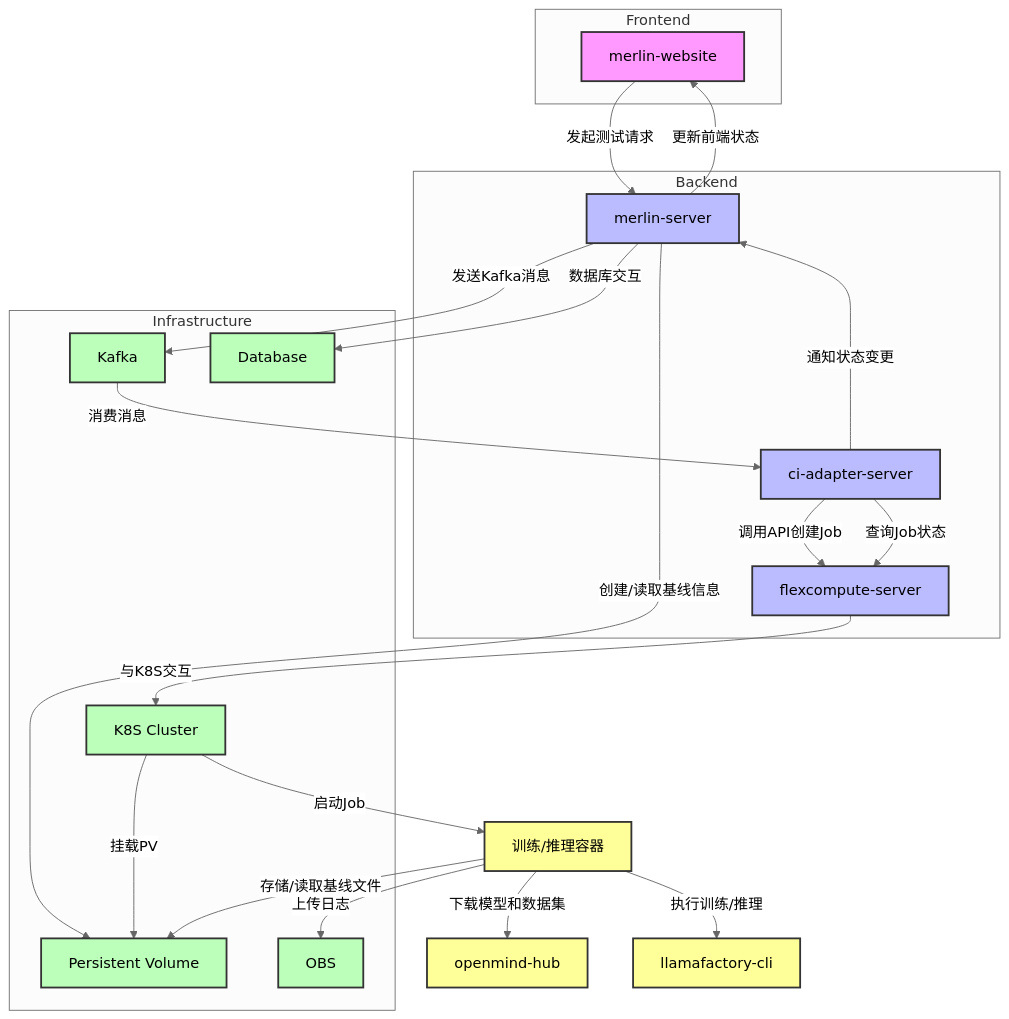
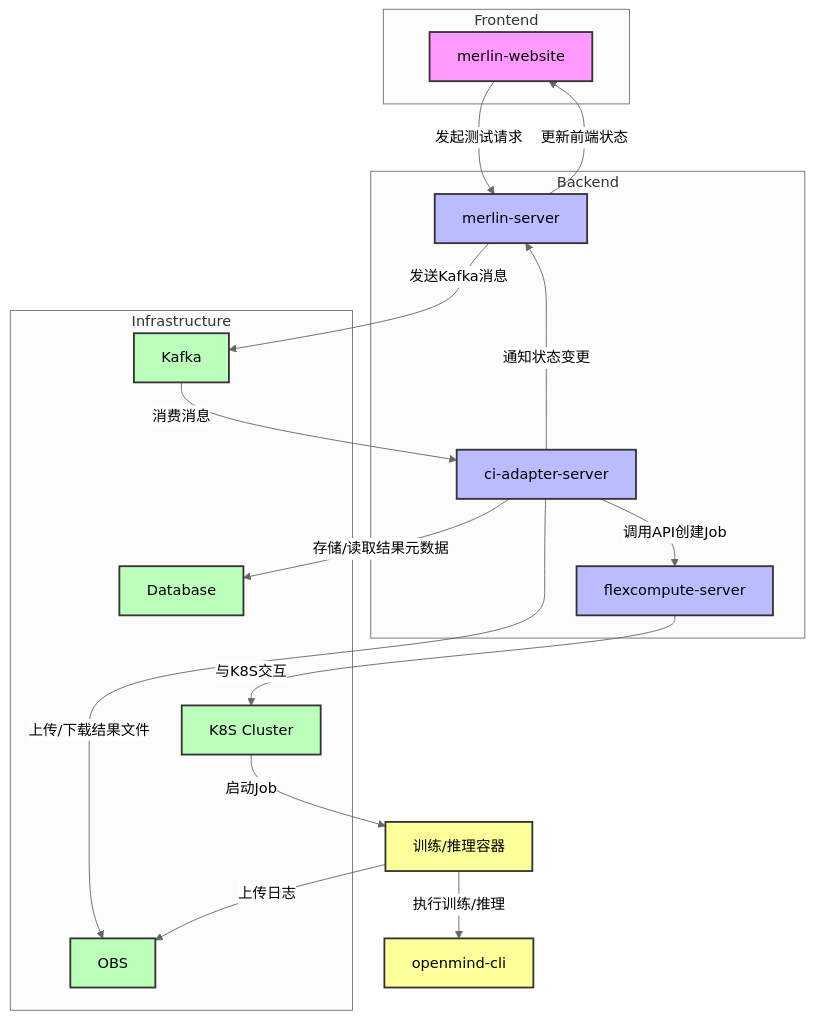
Before and after one commit to pillumina/design-proposal: the second of 18 diagrams in Modelers_accuracy_test_system_design.md, drawn with Mermaid (neutral theme). The commit also changed other lines of this file, not shown here.

````diff
--- a/Modelers_accuracy_test_system_design.md
+++ b/Modelers_accuracy_test_system_design.md
@@ -243,50 +274,45 @@
 ```mermaid
 graph TD;
     subgraph Frontend
         A[merlin-website]
     end
 
     subgraph Backend
         B[merlin-server]
         C[ci-adapter-server]
         D[flexcompute-server]
     end
 
     subgraph Infrastructure
         F[Kafka]
         I[Database]
-        G[Persistent Volume]
         H[OBS]
         E[K8S Cluster]
     end
 
     A -->|发起测试请求| B
     B -->|发送Kafka消息| F
-    B -->|创建/读取基线信息| G
-    B -->|数据库交互| I
+    B -->|更新前端状态| A
+
+    C -->|存储/读取结果元数据| I
+    C -->|上传/下载结果文件| H
+    C -->|通知状态变更| B
+
     F -->|消费消息| C
     C -->|调用API创建Job| D
     D -->|与K8S交互| E
-    E -->|挂载PV| G
     E -->|启动Job| J[训练/推理容器]
-    J -->|下载模型和数据集| K[openmind-hub]
-    J -->|执行训练/推理| L[llamafactory-cli]
-    J -->|存储/读取基线文件| G
+    J -->|执行训练/推理| L[openmind-cli]
     J -->|上传日志| H
-    C -->|查询Job状态| D
-    C -->|通知状态变更| B
-    B -->|更新前端状态| A
 
     style A fill:#f9f,stroke:#333,stroke-width:2px;
     style B fill:#bbf,stroke:#333,stroke-width:2px;
     style C fill:#bbf,stroke:#333,stroke-width:2px;
     style D fill:#bbf,stroke:#333,stroke-width:2px;
     style E fill:#bfb,stroke:#333,stroke-width:2px;
     style F fill:#bfb,stroke:#333,stroke-width:2px;
-    style G fill:#bfb,stroke:#333,stroke-width:2px;
     style H fill:#bfb,stroke:#333,stroke-width:2px;
     style I fill:#bfb,stroke:#333,stroke-width:2px;
     style J fill:#ff9,stroke:#333,stroke-width:2px;
-    style K fill:#ff9,stroke:#333,stroke-width:2px;
     style L fill:#ff9,stroke:#333,stroke-width:2px;
 ```
````
